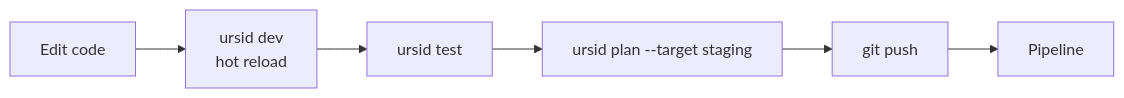
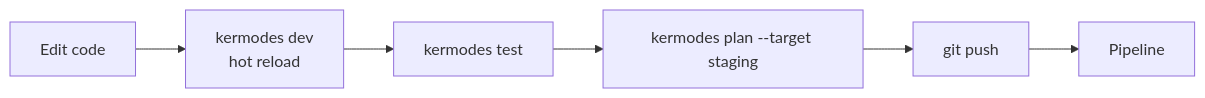
One commit to reecetec/kermodes changed the second of 3 diagrams in docs/architecture.md. Above: the diagram before and after it, drawn with Mermaid. The commit also changed other lines of this file and 100 other files, not shown here.

First line of the commit message:
Rename Ursid to Kermodes (import kermodes as km)

````diff
--- a/docs/architecture.md
+++ b/docs/architecture.md
@@ -704,8 +704,8 @@
 ```mermaid
 flowchart LR
-  E[Edit code] --> D["ursid dev\nhot reload"]
-  D --> T[ursid test]
-  T --> P["ursid plan --target staging"]
+  E[Edit code] --> D["kermodes dev\nhot reload"]
+  D --> T[kermodes test]
+  T --> P["kermodes plan --target staging"]
   P --> G[git push]
   G --> PL[Pipeline]
 ```
````
